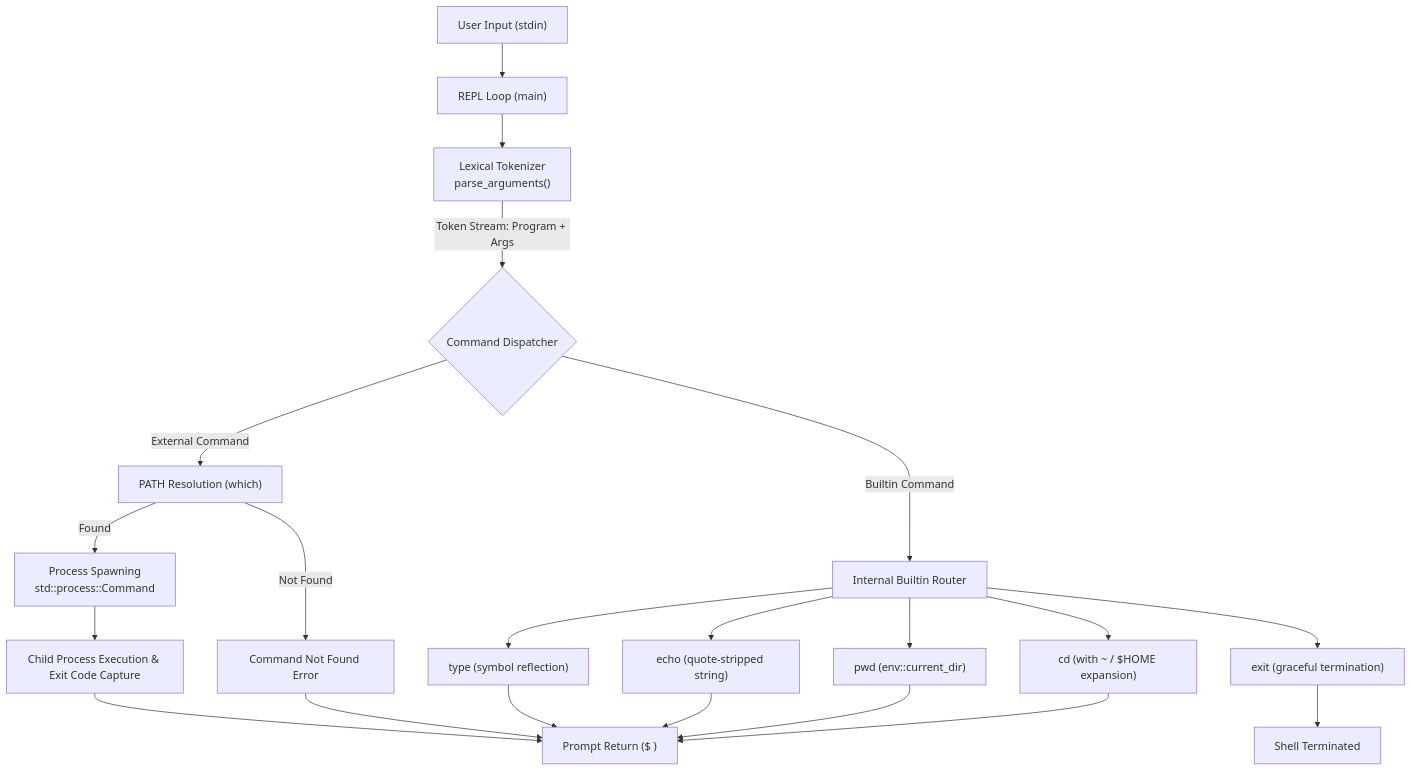
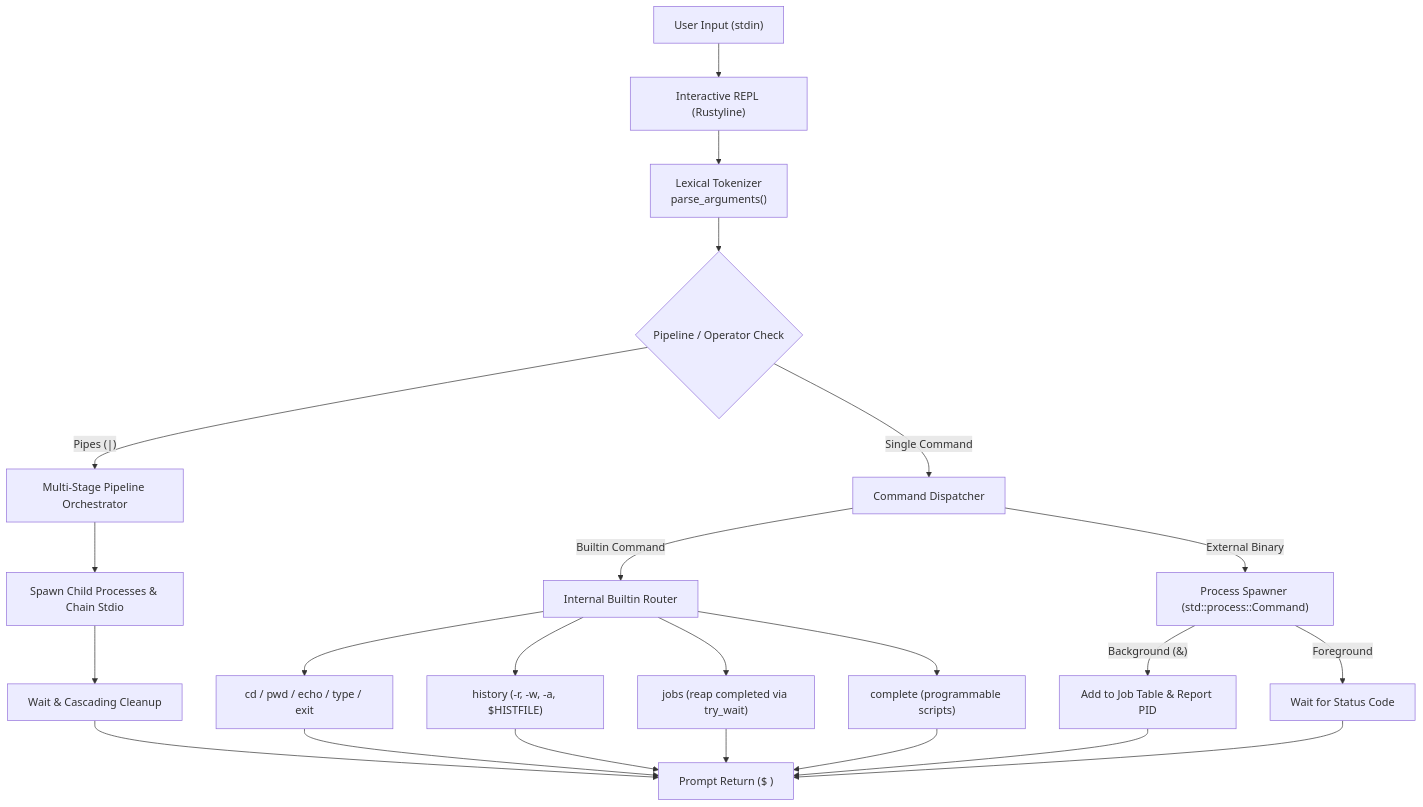
Before and after one commit to nikmos3/shell-rust: the diagram in README.md, drawn with Mermaid. The commit also changed other lines of this file, not shown here.

````diff
--- a/README.md
+++ b/README.md
@@ -17,26 +17,31 @@
 ```mermaid
 flowchart TD
-    A["User Input (stdin)"] --> B["REPL Loop (main)"]
+    A["User Input (stdin)"] --> B["Interactive REPL (Rustyline)"]
     B --> C["Lexical Tokenizer<br/>parse_arguments()"]
-    C -->|Token Stream: Program + Args| D{"Command Dispatcher"}
-    D -->|Builtin Command| E["Internal Builtin Router"]
-    D -->|External Command| F["PATH Resolution (which)"]
+    C --> D{"Pipeline / Operator Check"}
     
-    E --> E1["cd (with ~ / $HOME expansion)"]
-    E --> E2["pwd (env::current_dir)"]
-    E --> E3["echo (quote-stripped string)"]
-    E --> E4["type (symbol reflection)"]
-    E --> E5["exit (graceful termination)"]
+    D -->|"Pipes (|)"| E["Multi-Stage Pipeline Orchestrator"]
+    D -->|"Single Command"| F["Command Dispatcher"]
     
-    F -->|Found| G["Process Spawning<br/>std::process::Command"]
-    F -->|Not Found| H["Command Not Found Error"]
+    E --> E1["Spawn Child Processes & Chain Stdio"]
+    E1 --> E2["Wait & Cascading Cleanup"]
     
-    G --> I["Child Process Execution & Exit Code Capture"]
-    E1 --> J["Prompt Return ($ )"]
-    E2 --> J
-    E3 --> J
-    E4 --> J
-    E5 --> K["Shell Terminated"]
-    H --> J
-    I --> J
+    F -->|"Builtin Command"| G["Internal Builtin Router"]
+    F -->|"External Binary"| H["Process Spawner (std::process::Command)"]
+    
+    G --> G1["cd / pwd / echo / type / exit"]
+    G --> G2["history (-r, -w, -a, $HISTFILE)"]
+    G --> G3["jobs (reap completed via try_wait)"]
+    G --> G4["complete (programmable scripts)"]
+    
+    H -->|"Background (&)"| I["Add to Job Table & Report PID"]
+    H -->|"Foreground"| J["Wait for Status Code"]
+    
+    E2 --> K["Prompt Return ($ )"]
+    G1 --> K
+    G2 --> K
+    G3 --> K
+    G4 --> K
+    I --> K
+    J --> K
 ```
````
